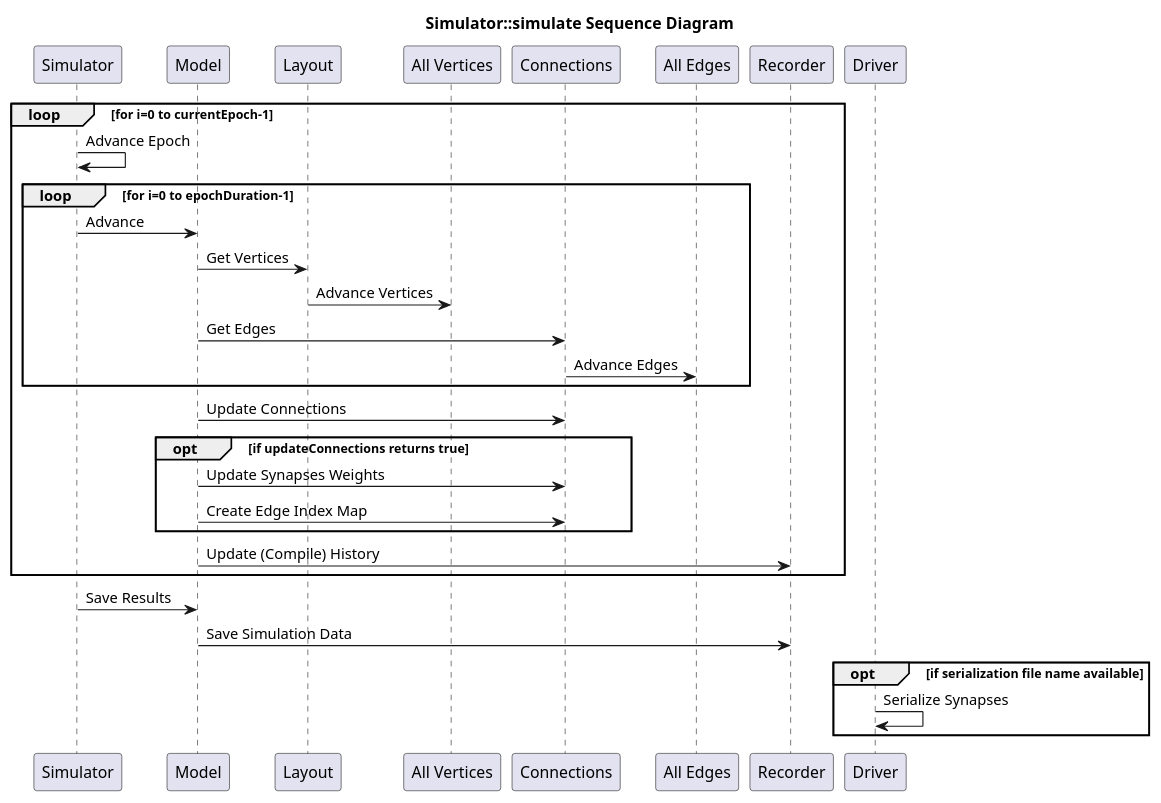
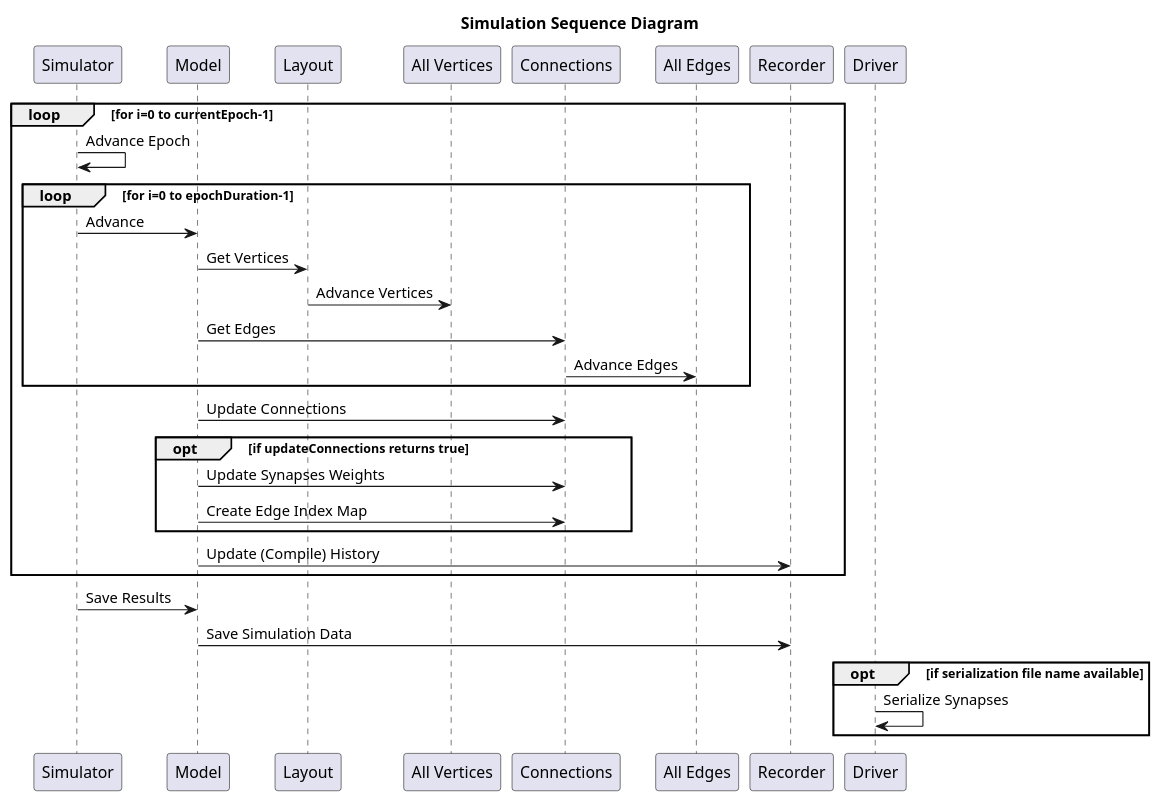
Before and after one commit to UWB-Biocomputing/Graphitti: the diagram in docs/Developer/UML/simulatorSimulate.puml, drawn with PlantUML. The commit also changed 2 other files, not shown here.

Commit message:
Changed names of diagrams

```diff
--- a/docs/Developer/UML/simulatorSimulate.puml
+++ b/docs/Developer/UML/simulatorSimulate.puml
@@ -1,27 +1,27 @@
 @startuml simulatorSimulate
 
-title Simulator::simulate Sequence Diagram
+title Simulation Sequence Diagram
 
 loop for i=0 to currentEpoch-1
     Simulator -> Simulator: Advance Epoch
     loop for i=0 to epochDuration-1
         Simulator->Model: Advance
         Model -> Layout: Get Vertices 
         Layout -> "All Vertices": Advance Vertices
         Model -> Connections: Get Edges
         Connections -> "All Edges": Advance Edges
     end
     Model -> Connections: Update Connections
     opt if updateConnections returns true
         Model -> Connections: Update Synapses Weights
         Model -> Connections: Create Edge Index Map
     end
     Model->Recorder: Update (Compile) History
 end
 Simulator -> Model: Save Results 
 Model -> Recorder: Save Simulation Data 
 opt if serialization file name available 
     Driver -> Driver: Serialize Synapses
 end
 
 @enduml
```
